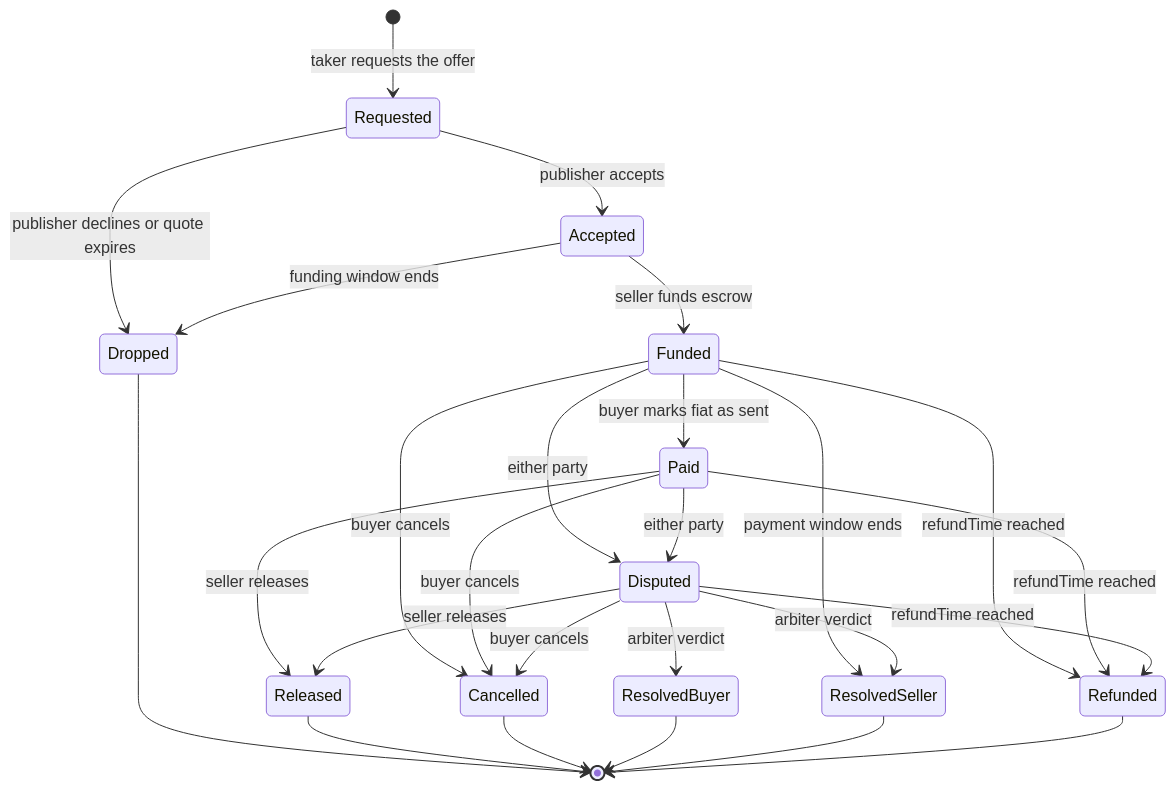
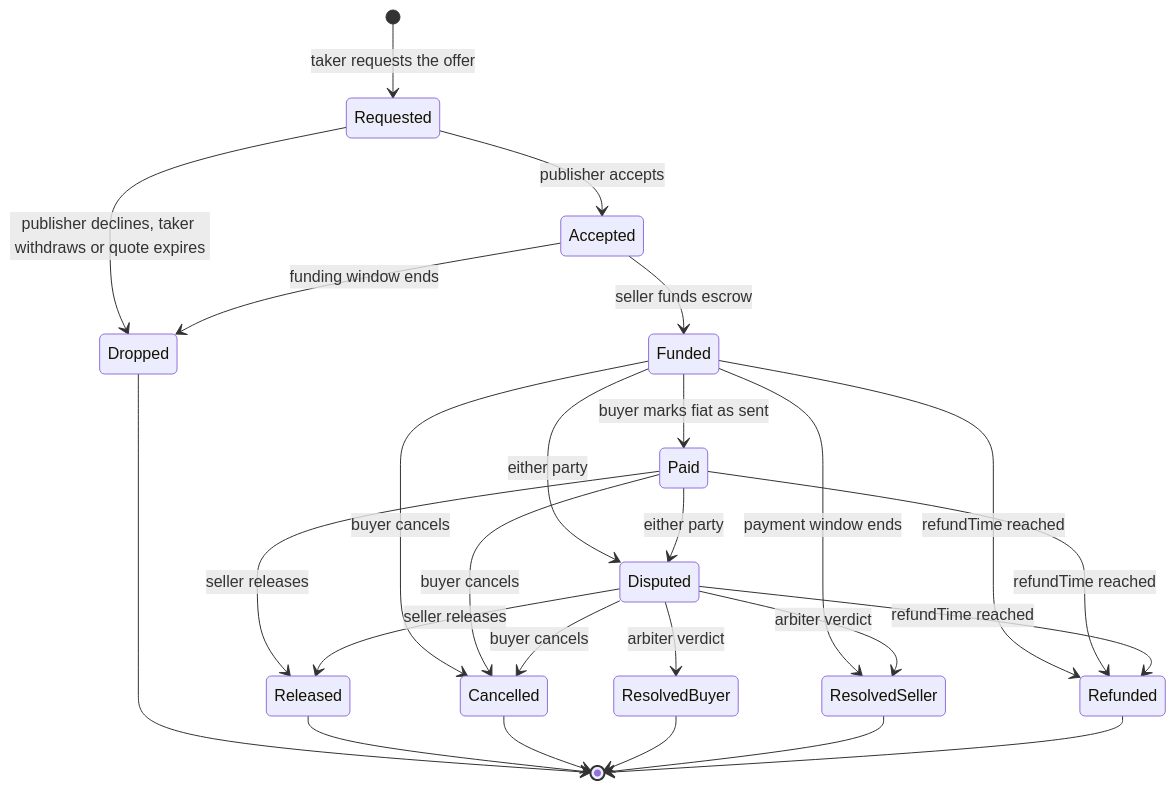
One commit to BeltranLeo/Campfire changed the second of 5 diagrams in docs/protocol.md. Above: the diagram before and after it, drawn with Mermaid. The commit also changed other lines of this file and 14 other files, not shown here.

````diff
--- a/docs/protocol.md
+++ b/docs/protocol.md
@@ -109,28 +109,28 @@
 ```mermaid
 stateDiagram-v2
     [*] --> Requested: taker requests the offer
     Requested --> Accepted: publisher accepts
-    Requested --> Dropped: publisher declines or quote expires
+    Requested --> Dropped: publisher declines, taker withdraws or quote expires
     Accepted --> Funded: seller funds escrow
     Accepted --> Dropped: funding window ends
     Funded --> Paid: buyer marks fiat as sent
     Funded --> Cancelled: buyer cancels
     Funded --> ResolvedSeller: payment window ends
     Funded --> Disputed: either party
     Paid --> Released: seller releases
     Paid --> Cancelled: buyer cancels
     Paid --> Disputed: either party
     Disputed --> ResolvedBuyer: arbiter verdict
     Disputed --> ResolvedSeller: arbiter verdict
     Disputed --> Released: seller releases
     Disputed --> Cancelled: buyer cancels
     Funded --> Refunded: refundTime reached
     Paid --> Refunded: refundTime reached
     Disputed --> Refunded: refundTime reached
     Dropped --> [*]
     Released --> [*]
     Cancelled --> [*]
     ResolvedBuyer --> [*]
     ResolvedSeller --> [*]
     Refunded --> [*]
 ```
````
